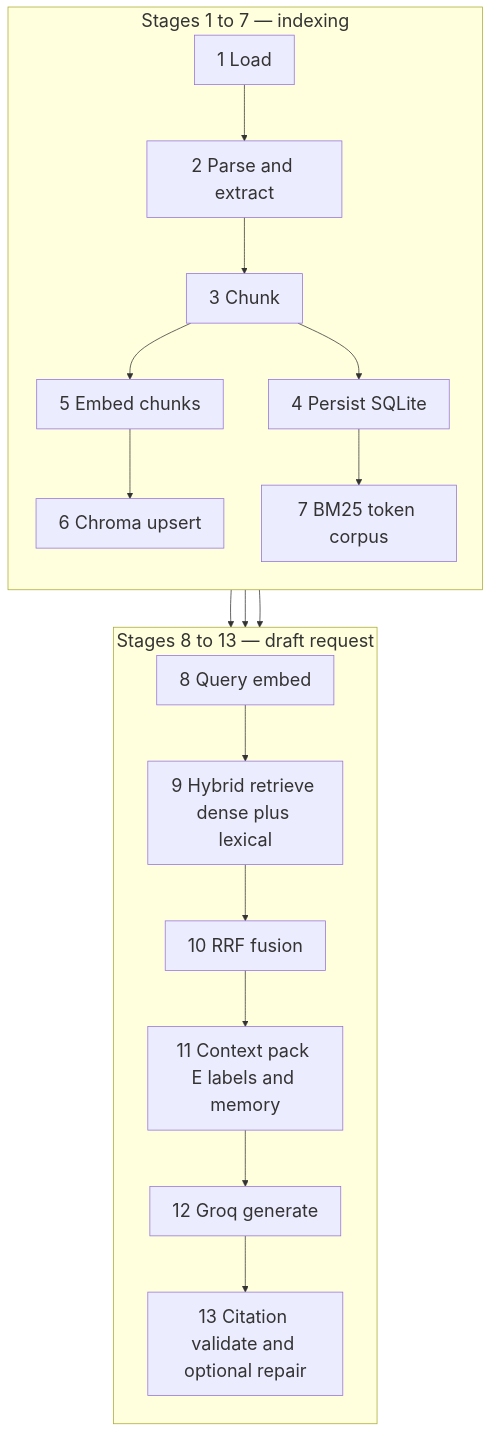
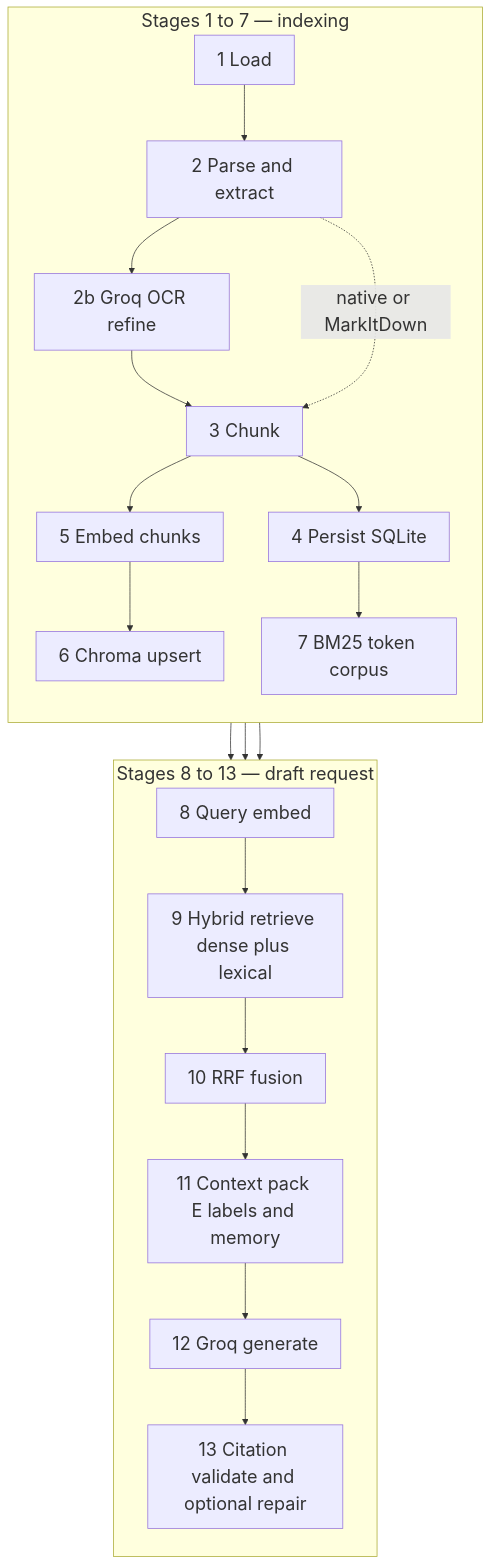
Before and after one commit to Kabbya04/Gravitas: the diagram in docs/diagrams/rag-pipeline.mmd, drawn with Mermaid. The commit also changed 14 other files, not shown here.

Commit message:
ocrRefine step implemented

```diff
--- a/docs/diagrams/rag-pipeline.mmd
+++ b/docs/diagrams/rag-pipeline.mmd
@@ -1,28 +1,33 @@
 %%{init: {'themeVariables': {'fontSize': '24px', 'fontFamily': 'ui-sans-serif, system-ui, sans-serif'}}}%%
 flowchart TB
   subgraph idx [Stages 1 to 7 — indexing]
     direction TB
     S1[1 Load]
     S2[2 Parse and extract]
+    S2r[2b Groq OCR refine]
     S3[3 Chunk]
     S4[4 Persist SQLite]
     S5[5 Embed chunks]
     S6[6 Chroma upsert]
     S7[7 BM25 token corpus]
-    S1 --> S2 --> S3 --> S4
+    S1 --> S2
+    S2 --> S2r
+    S2r --> S3
+    S2 -. native or MarkItDown .-> S3
+    S3 --> S4
     S3 --> S5 --> S6
     S4 --> S7
   end
   subgraph run [Stages 8 to 13 — draft request]
     direction TB
     S8[8 Query embed]
     S9[9 Hybrid retrieve dense plus lexical]
     S10[10 RRF fusion]
     S11[11 Context pack E labels and memory]
     S12[12 Groq generate]
     S13[13 Citation validate and optional repair]
     S8 --> S9 --> S10 --> S11 --> S12 --> S13
   end
   S4 --> S8
   S6 --> S9
   S7 --> S9
```
